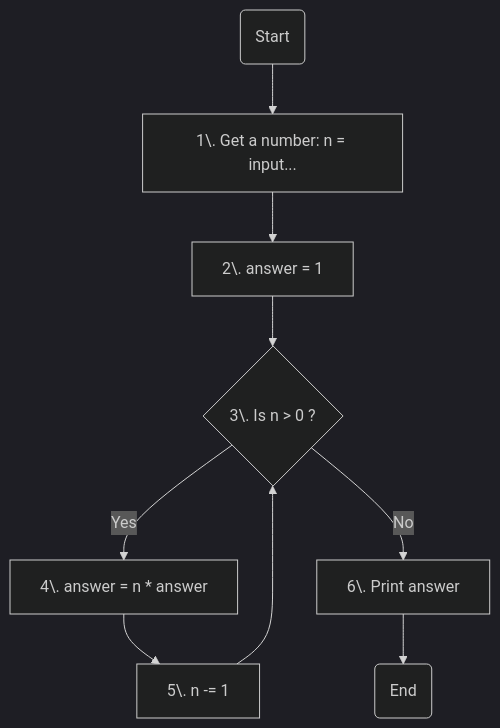
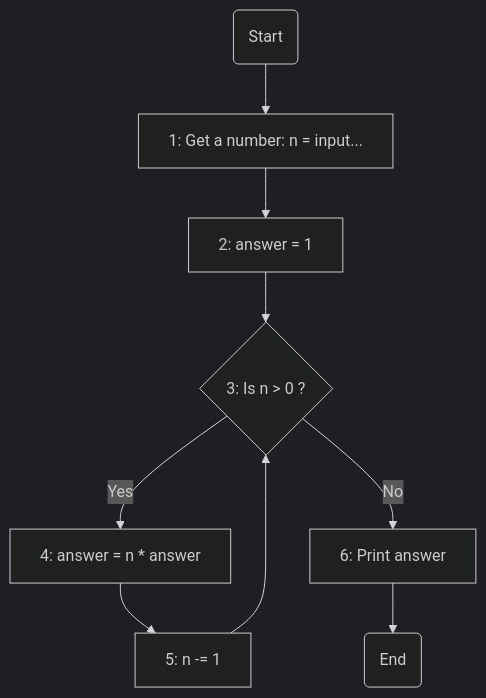
One commit to hayyaun/kids changed the diagram in exercises/exercise-3-1.md. Above: the diagram before and after it, drawn with Mermaid (dark theme).

````diff
--- a/exercises/exercise-3-1.md
+++ b/exercises/exercise-3-1.md
@@ -28,11 +28,11 @@
 ```mermaid
 flowchart TD
-    A(Start) --> B["1\. Get a number: n = input..."]
-    B --> C[2\. answer = 1]
-    C --> D{3\. Is n > 0 ?}
-    D -- Yes --> E[4\. answer = n * answer]
-    E --> F[5\. n -= 1]
+    A(Start) --> B["1: Get a number: n = input..."]
+    B --> C[2: answer = 1]
+    C --> D{3: Is n > 0 ?}
+    D -- Yes --> E[4: answer = n * answer]
+    E --> F[5: n -= 1]
     F --> D
-    D -- No --> G[6\. Print answer]
+    D -- No --> G[6: Print answer]
     G --> H(End)
 ```
````
